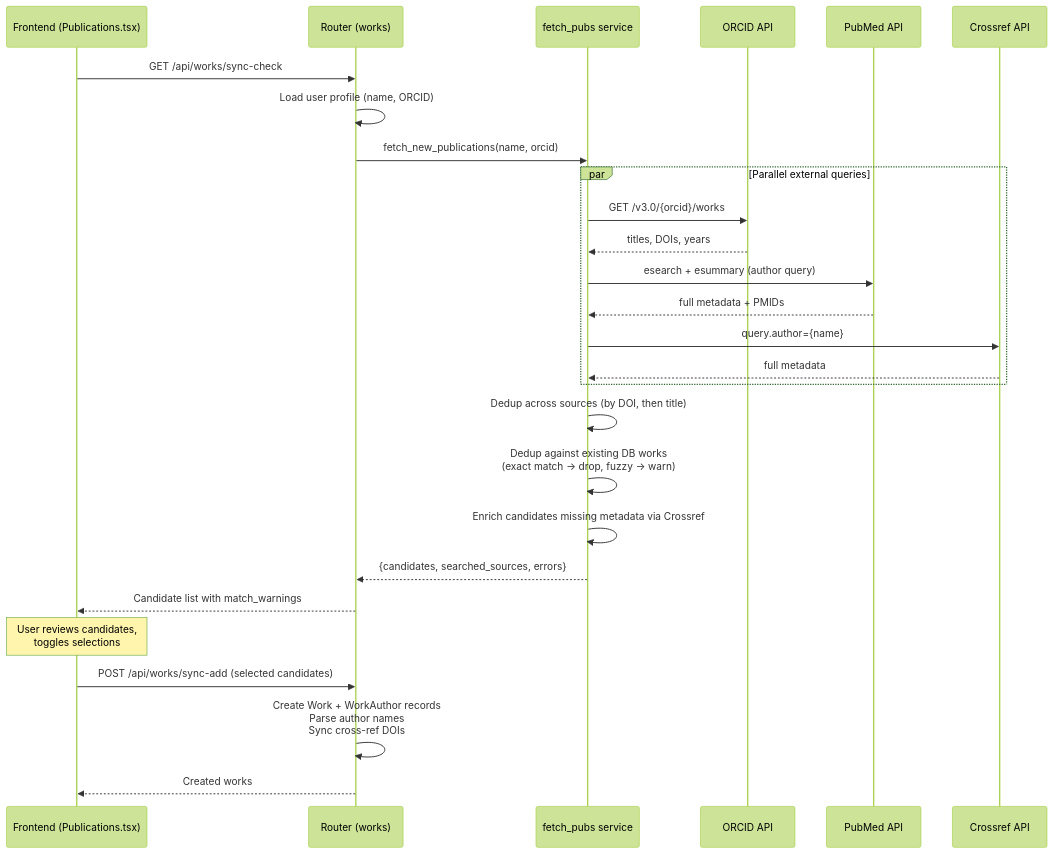
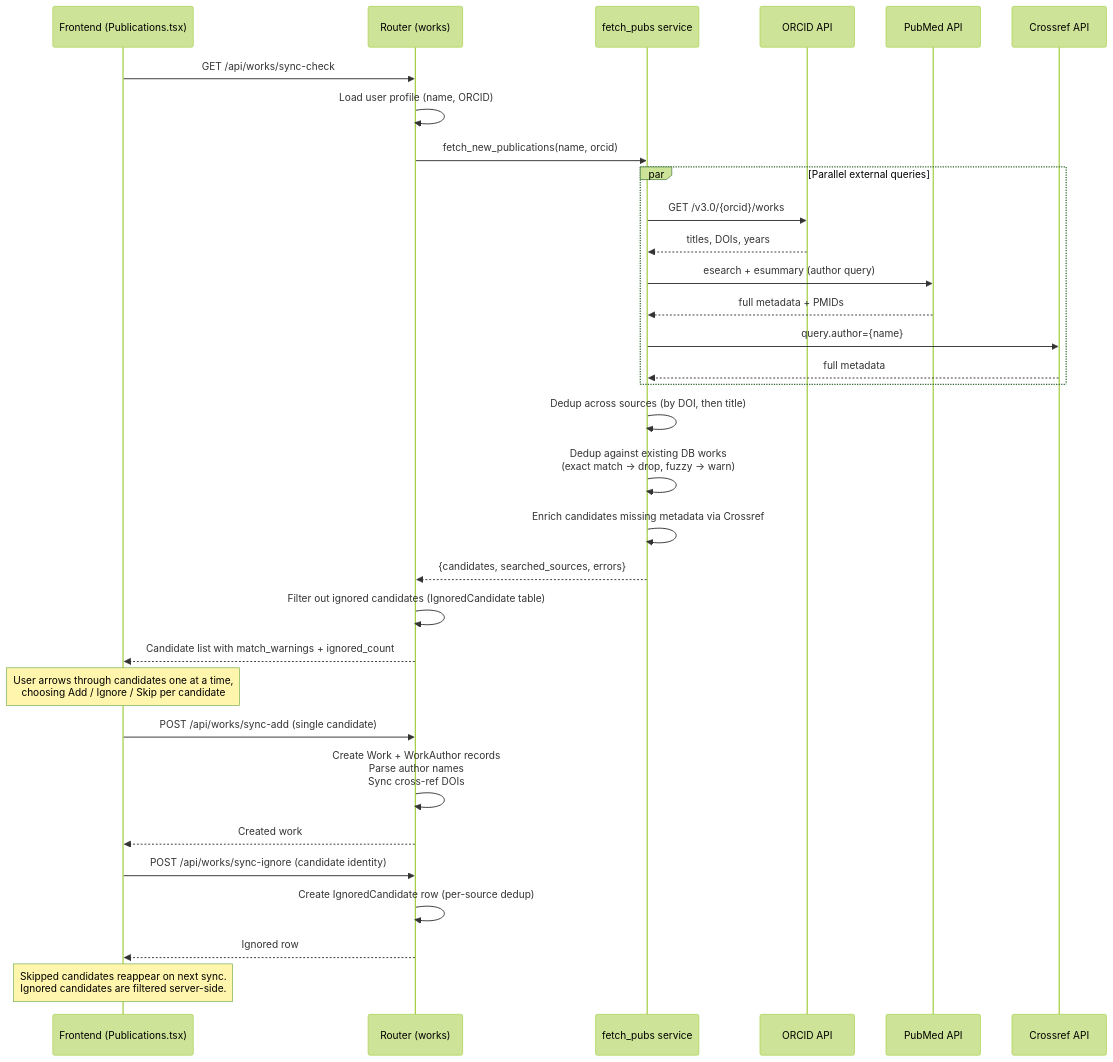
The second of 5 diagrams in cvbuilder/docs/data-flows.md (jlessler/CVBuilder), drawn with Mermaid (forest theme) before and after one commit. The commit also changed other lines of this file and 7 other files, not shown here.

First line of the commit message:
Add arrow-through sync UI with persistent ignore (Closes #16)

````diff
--- a/cvbuilder/docs/data-flows.md
+++ b/cvbuilder/docs/data-flows.md
@@ -46,32 +46,39 @@
 ```mermaid
 sequenceDiagram
     participant FE as Frontend (Publications.tsx)
     participant R as Router (works)
     participant FP as fetch_pubs service
     participant ORCID as ORCID API
     participant PM as PubMed API
     participant CR as Crossref API
 
     FE->>R: GET /api/works/sync-check
     R->>R: Load user profile (name, ORCID)
     R->>FP: fetch_new_publications(name, orcid)
     par Parallel external queries
         FP->>ORCID: GET /v3.0/{orcid}/works
         ORCID-->>FP: titles, DOIs, years
         FP->>PM: esearch + esummary (author query)
         PM-->>FP: full metadata + PMIDs
         FP->>CR: query.author={name}
         CR-->>FP: full metadata
     end
     FP->>FP: Dedup across sources (by DOI, then title)
     FP->>FP: Dedup against existing DB works<br/>(exact match → drop, fuzzy → warn)
     FP->>FP: Enrich candidates missing metadata via Crossref
     FP-->>R: {candidates, searched_sources, errors}
-    R-->>FE: Candidate list with match_warnings
+    R->>R: Filter out ignored candidates (IgnoredCandidate table)
+    R-->>FE: Candidate list with match_warnings + ignored_count
 
-    Note over FE: User reviews candidates,<br/>toggles selections
+    Note over FE: User arrows through candidates one at a time,<br/>choosing Add / Ignore / Skip per candidate
 
-    FE->>R: POST /api/works/sync-add (selected candidates)
+    FE->>R: POST /api/works/sync-add (single candidate)
     R->>R: Create Work + WorkAuthor records<br/>Parse author names<br/>Sync cross-ref DOIs
-    R-->>FE: Created works
+    R-->>FE: Created work
+
+    FE->>R: POST /api/works/sync-ignore (candidate identity)
+    R->>R: Create IgnoredCandidate row (per-source dedup)
+    R-->>FE: Ignored row
+
+    Note over FE: Skipped candidates reappear on next sync.<br/>Ignored candidates are filtered server-side.
 ```
````
